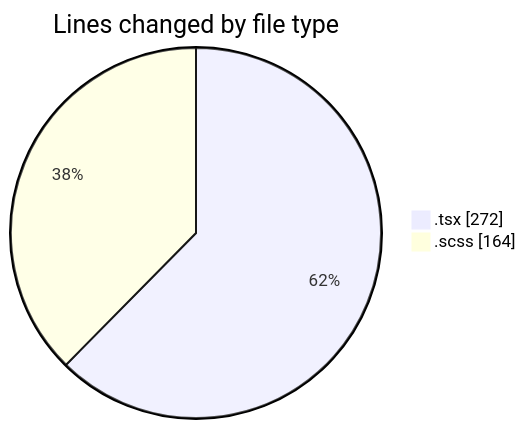
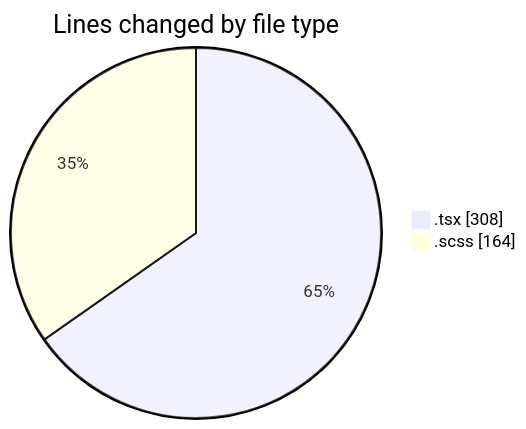
One commit to momahboobian/code-tracking changed the first of 2 diagrams in 2025-09-16/cda/README.md. Above: the diagram before and after it, drawn with Mermaid. The commit also changed other lines of this file and 1 other file, not shown here.

````diff
--- a/2025-09-16/cda/README.md
+++ b/2025-09-16/cda/README.md
@@ -22,6 +22,6 @@
 ```mermaid
 pie showData
 title Lines changed by file type
-".tsx" : 272
+".tsx" : 308
 ".scss" : 164
 ```
````
